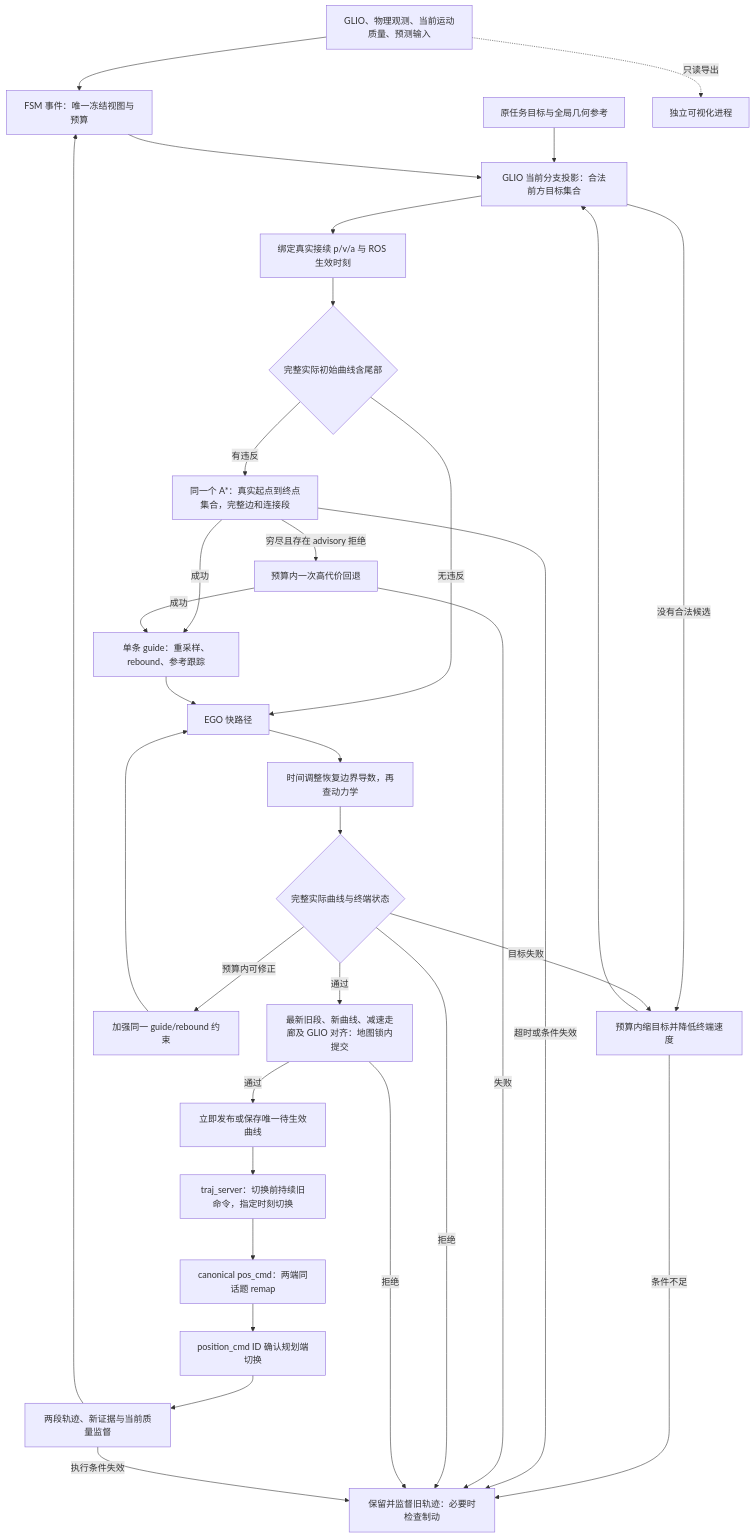
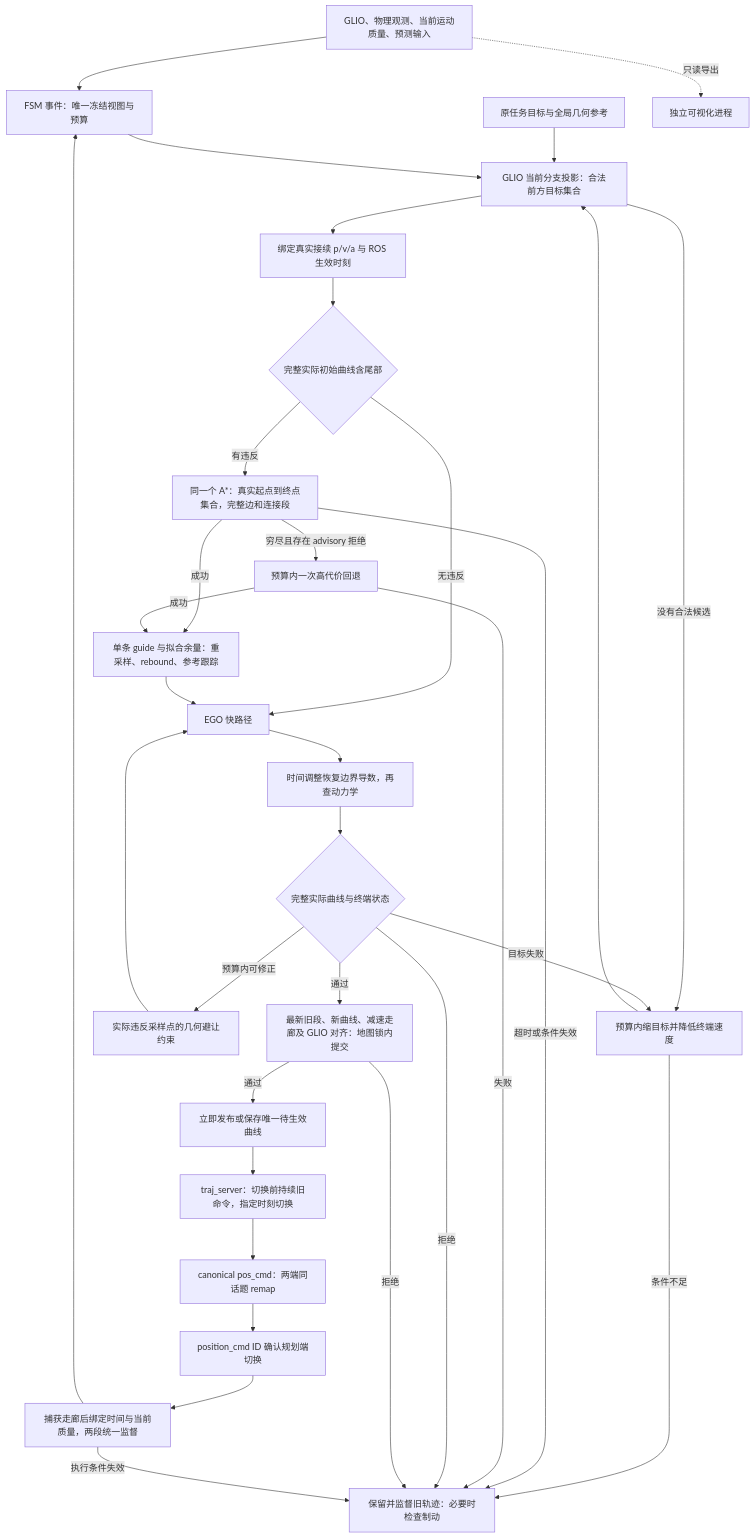
Before and after one commit to Printeger/iap: the second of 3 diagrams in docs/spec/ego_based_planning_flow.md, drawn with Mermaid. The commit also changed other lines of this file and 8 other files, not shown here.

````diff
--- a/docs/spec/ego_based_planning_flow.md
+++ b/docs/spec/ego_based_planning_flow.md
@@ -168,35 +180,35 @@
 ```mermaid
 flowchart TD
     Inputs[GLIO、物理观测、当前运动质量、预测输入] --> Round[FSM 事件：唯一冻结视图与预算]
     Goal[原任务目标与全局几何参考] --> Target
     Round --> Target[GLIO 当前分支投影：合法前方目标集合]
     Target -->|没有合法候选| Short[预算内缩目标并降低终端速度]
     Short --> Target
     Short -->|条件不足| Keep[保留并监督旧轨迹：必要时检查制动]
     Target --> Init[绑定真实接续 p/v/a 与 ROS 生效时刻]
     Init --> Scan{完整实际初始曲线含尾部}
     Scan -->|无违反| Opt[EGO 快路径]
     Scan -->|有违反| Search[同一个 A*：真实起点到终点集合，完整边和连接段]
-    Search -->|成功| Guide[单条 guide：重采样、rebound、参考跟踪]
+    Search -->|成功| Guide[单条 guide 与拟合余量：重采样、rebound、参考跟踪]
     Search -->|穷尽且存在 advisory 拒绝| Soft[预算内一次高代价回退]
     Soft -->|成功| Guide
     Search -->|超时或条件失效| Keep
     Soft -->|失败| Keep
     Guide --> Opt
     Opt --> Retime[时间调整恢复边界导数，再查动力学]
     Retime --> Check{完整实际曲线与终端状态}
-    Check -->|预算内可修正| Correct[加强同一 guide/rebound 约束]
+    Check -->|预算内可修正| Correct[实际违反采样点的几何避让约束]
     Correct --> Opt
     Check -->|目标失败| Short
     Check -->|拒绝| Keep
     Check -->|通过| Release[最新旧段、新曲线、减速走廊及 GLIO 对齐：地图锁内提交]
     Release -->|拒绝| Keep
     Release -->|通过| Publish[立即发布或保存唯一待生效曲线]
     Publish --> Server[traj_server：切换前持续旧命令，指定时刻切换]
     Server --> Feedback[canonical pos_cmd：两端同话题 remap]
     Feedback --> Confirm[position_cmd ID 确认规划端切换]
-    Confirm --> Monitor[两段轨迹、新证据与当前质量监督]
+    Confirm --> Monitor[捕获走廊后绑定时间与当前质量，两段统一监督]
     Monitor --> Round
     Monitor -->|执行条件失效| Keep
     Inputs -.只读导出.-> Viz[独立可视化进程]
 ```
````
